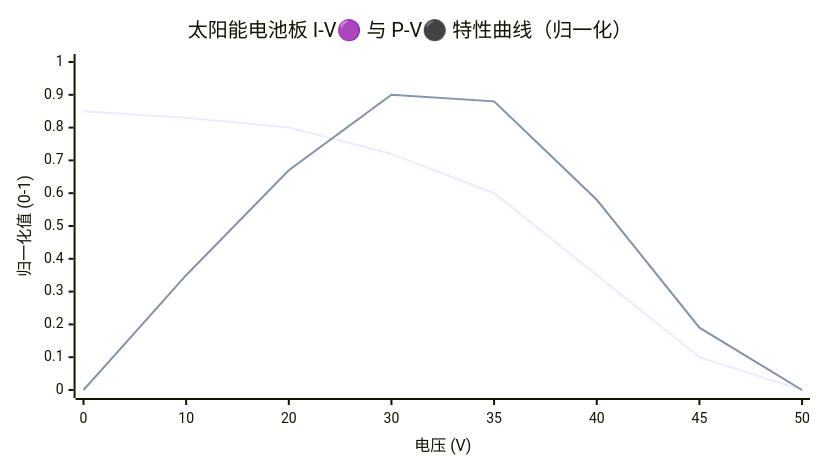
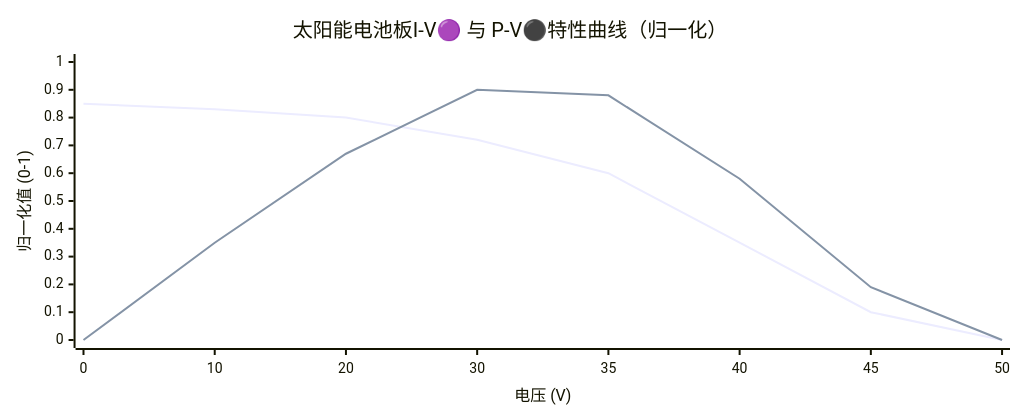
The first of 2 diagrams in _posts/2025-11-18-mppt_basics.md (YooyoJin/yooyojin.github.io), drawn with Mermaid before and after one commit. The commit also changed other lines of this file and 7 other files, not shown here.

````diff
--- a/_posts/2025-11-18-mppt_basics.md
+++ b/_posts/2025-11-18-mppt_basics.md
@@ -22,15 +22,15 @@
 ``` mermaid
 ---
 config:
     xyChart:
-        width: 800
-        height: 450
+        width: 1000
+        height: 400
 ---
 xychart-beta
-    title "太阳能电池板 I-V🟣 与 P-V⚫ 特性曲线（归一化）"
+    title "太阳能电池板I-V🟣 与 P-V⚫特性曲线（归一化）"
     x-axis "电压 (V)" [0, 10, 20, 30, 35, 40, 45, 50]
     y-axis "归一化值 (0-1)" 0 --> 1
     line "电流 I (归一化)" [0.85, 0.83, 0.80, 0.72, 0.60, 0.35, 0.10, 0.00]
     line "功率 P (归一化)" [0.00, 0.35, 0.67, 0.90, 0.88, 0.58, 0.19, 0.00]
 
 ```
````
